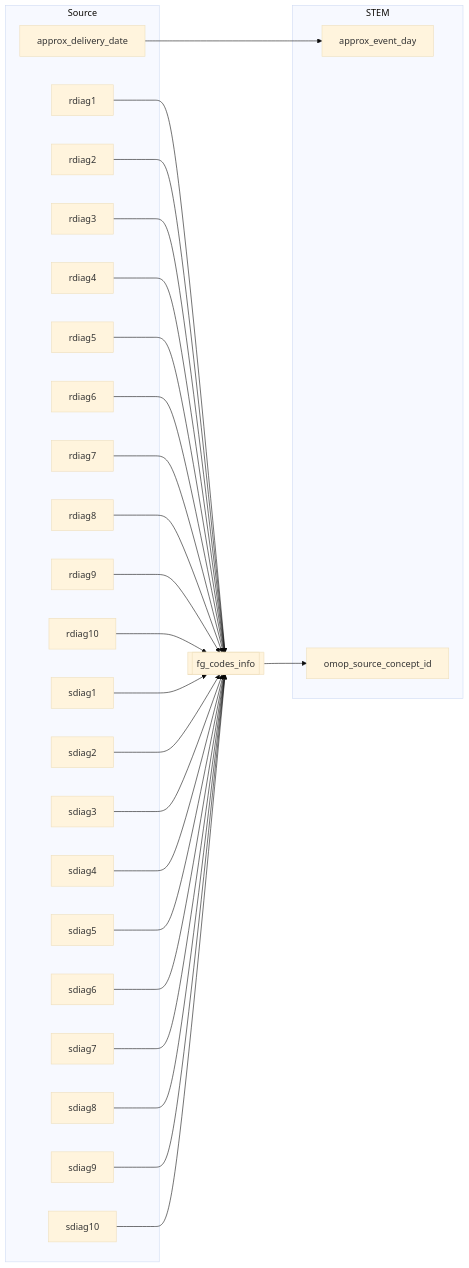
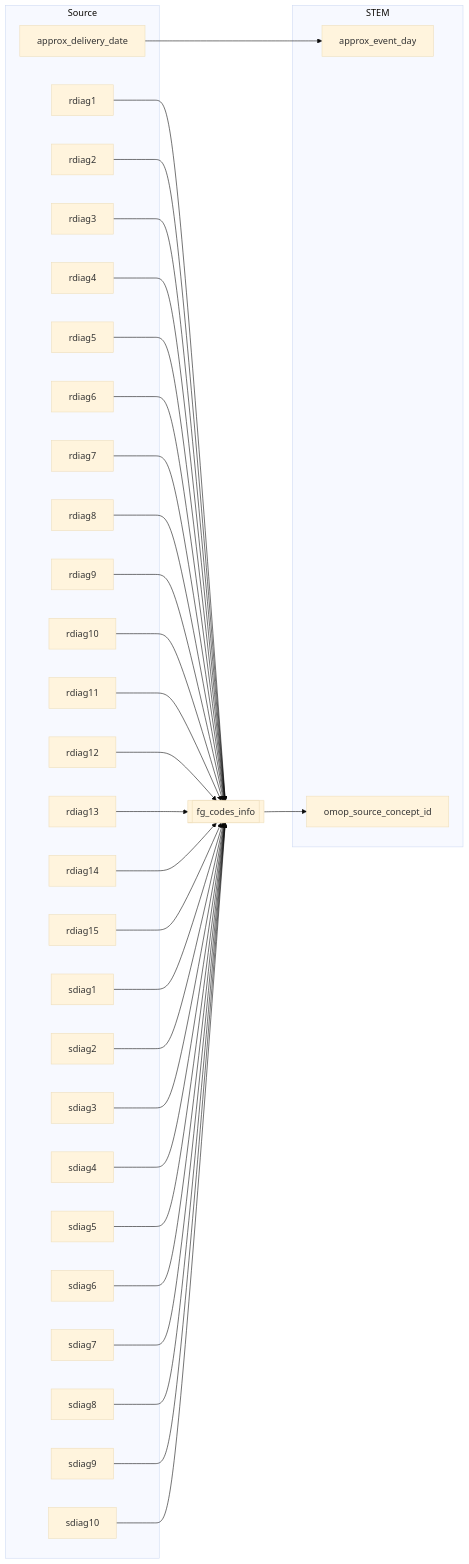
The diagram in 2_etl_specifications/documentation/birth_mother_to_stem.md (FINNGEN/ETL), drawn with Mermaid before and after one commit. The commit also changed other lines of this file and 8 other files, not shown here.

````diff
--- a/2_etl_specifications/documentation/birth_mother_to_stem.md
+++ b/2_etl_specifications/documentation/birth_mother_to_stem.md
@@ -10,60 +10,70 @@
 ```mermaid
 %%{init: {'theme': 'base' } }%%
 %%{init: {'theme': 'base' } }%%
 flowchart LR
     subgraph Source
         approx_delivery_date
         rdiag1
         rdiag2
         rdiag3
         rdiag4
         rdiag5
         rdiag6
         rdiag7
         rdiag8
         rdiag9
         rdiag10
+        rdiag11
+        rdiag12
+        rdiag13
+        rdiag14
+        rdiag15
         sdiag1
         sdiag2
         sdiag3
         sdiag4
         sdiag5
         sdiag6
         sdiag7
         sdiag8
         sdiag9
         sdiag10
     end
 
     fg_codes_info[[fg_codes_info]]
 
     subgraph STEM
         approx_event_day
         omop_source_concept_id
 
     end
 
     approx_delivery_date-->approx_event_day
     rdiag1-->fg_codes_info
     rdiag2-->fg_codes_info
     rdiag3-->fg_codes_info
     rdiag4-->fg_codes_info
     rdiag5-->fg_codes_info
     rdiag6-->fg_codes_info
     rdiag7-->fg_codes_info
     rdiag8-->fg_codes_info
     rdiag9-->fg_codes_info
     rdiag10-->fg_codes_info
+    rdiag11-->fg_codes_info
+    rdiag12-->fg_codes_info
+    rdiag13-->fg_codes_info
+    rdiag14-->fg_codes_info
+    rdiag15-->fg_codes_info
     sdiag1-->fg_codes_info
     sdiag2-->fg_codes_info
     sdiag3-->fg_codes_info
     sdiag4-->fg_codes_info
     sdiag5-->fg_codes_info
     sdiag6-->fg_codes_info
     sdiag7-->fg_codes_info
     sdiag8-->fg_codes_info
     sdiag9-->fg_codes_info
     sdiag10-->fg_codes_info
 
     fg_codes_info-->omop_source_concept_id
 ```
````
